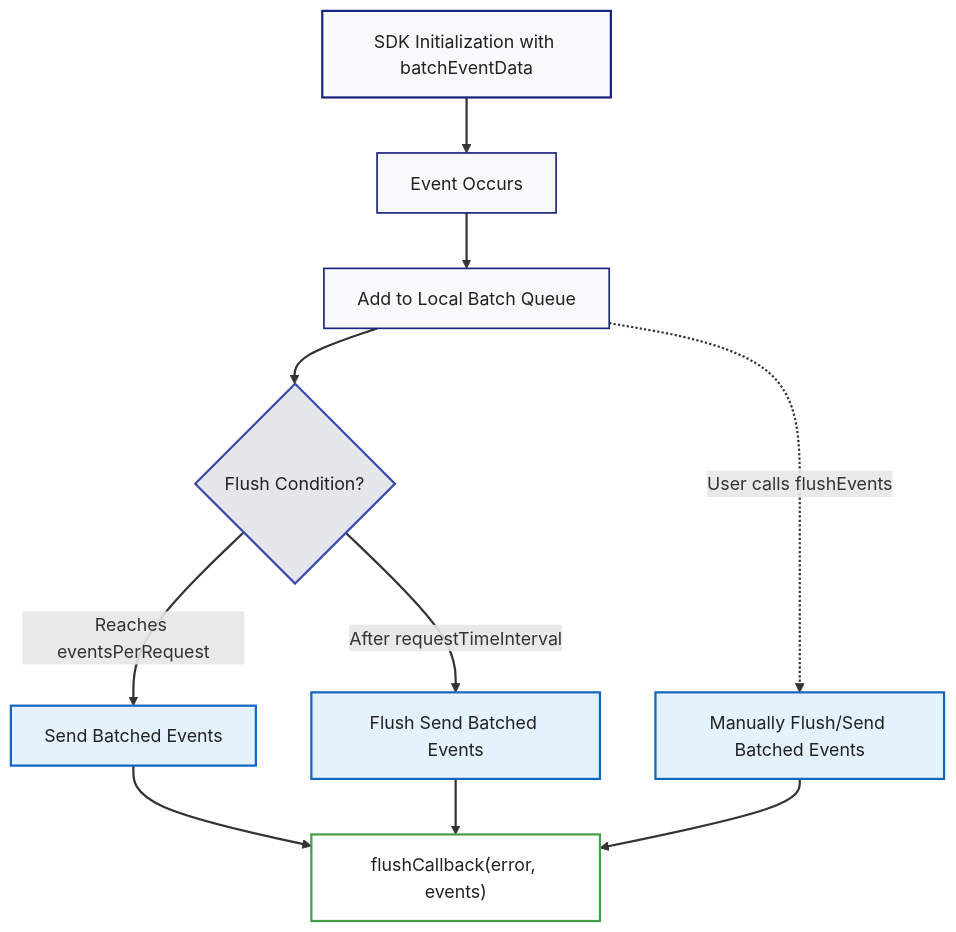
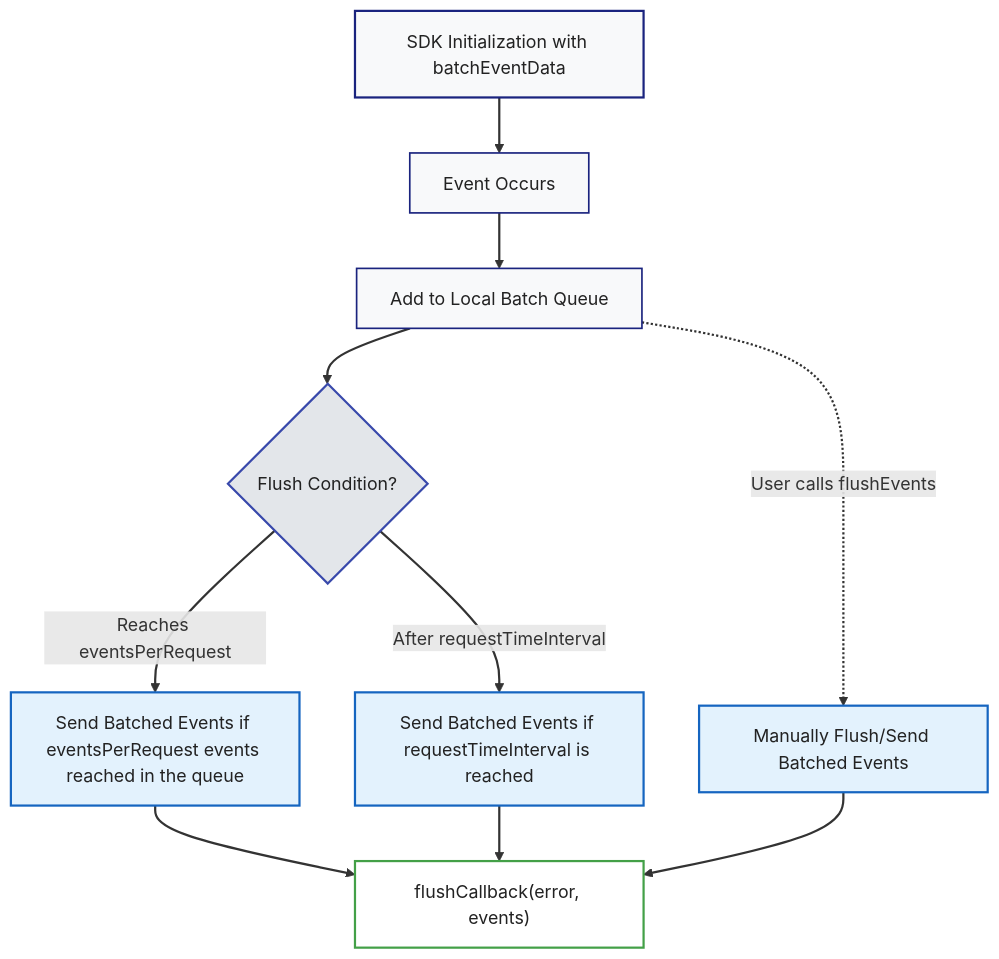
One commit to wingify/readme-central changed the diagram in docs/Concepts/wip-rd-event-batching-copy.md. Above: the diagram before and after it, drawn with Mermaid.

Commit message:
Update doc `wip-rd-event-batching-copy`

````diff
--- a/docs/Concepts/wip-rd-event-batching-copy.md
+++ b/docs/Concepts/wip-rd-event-batching-copy.md
@@ -159,31 +159,31 @@
 ```mermaid
 flowchart TD
     A["SDK Initialization with batchEventData"] --> B["Event Occurs"]
     B --> C["Add to Local Batch Queue"]
 
     %% Automatic Flushing triggers
     C --> D1{"Flush Condition?"}
-    D1 -->|"Reaches eventsPerRequest"| E1["Send Batched Events"]
-    D1 -->|"After requestTimeInterval"| E2["Flush Send Batched Events"]
+    D1 -->|"Reaches eventsPerRequest"| E1["Send Batched Events if eventsPerRequest events reached in the queue "]
+    D1 -->|"After requestTimeInterval"| E2["Send Batched Events if requestTimeInterval is reached "]
 
     %% Manual Flush
     C -.->|"User calls flushEvents"| E3["Manually Flush/Send Batched Events"]
 
     %% All flushes trigger callback
     E1 --> X["flushCallback(error, events)"]
     E2 --> X
     E3 --> X
 
     %% Node styles for universal readability
     style A fill:#f8f9fa,stroke:#1a237e,stroke-width:2px,color:#222
     style B fill:#f8f9fa,stroke:#1a237e,stroke-width:1.5px,color:#222
     style C fill:#f8f9fa,stroke:#1a237e,stroke-width:1.5px,color:#222
     style D1 fill:#e3e6ea,stroke:#3949ab,stroke-width:2px,color:#222
     style E1 fill:#e3f2fd,stroke:#1565c0,stroke-width:2px,color:#222
     style E2 fill:#e3f2fd,stroke:#1565c0,stroke-width:2px,color:#222
     style E3 fill:#e3f2fd,stroke:#1565c0,stroke-width:2px,color:#222
     style X fill:#fff,stroke:#43a047,stroke-width:2px,color:#222
 
     %% Use a dark gray for arrows for visibility on both themes
     linkStyle default stroke:#333,stroke-width:2px
 ```
````
